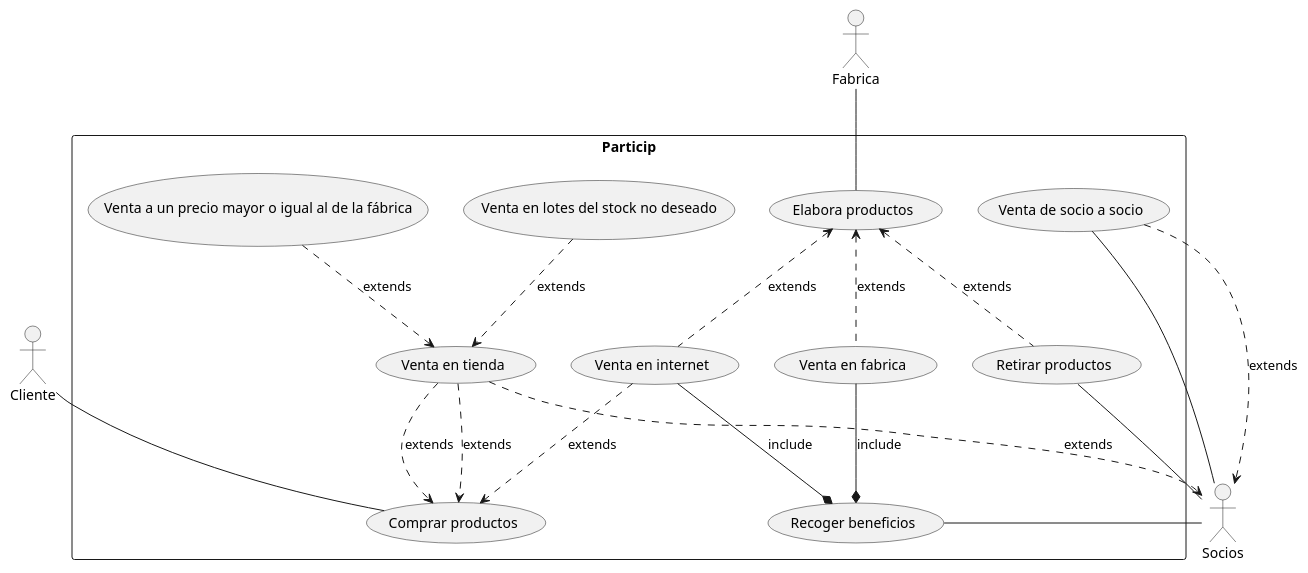
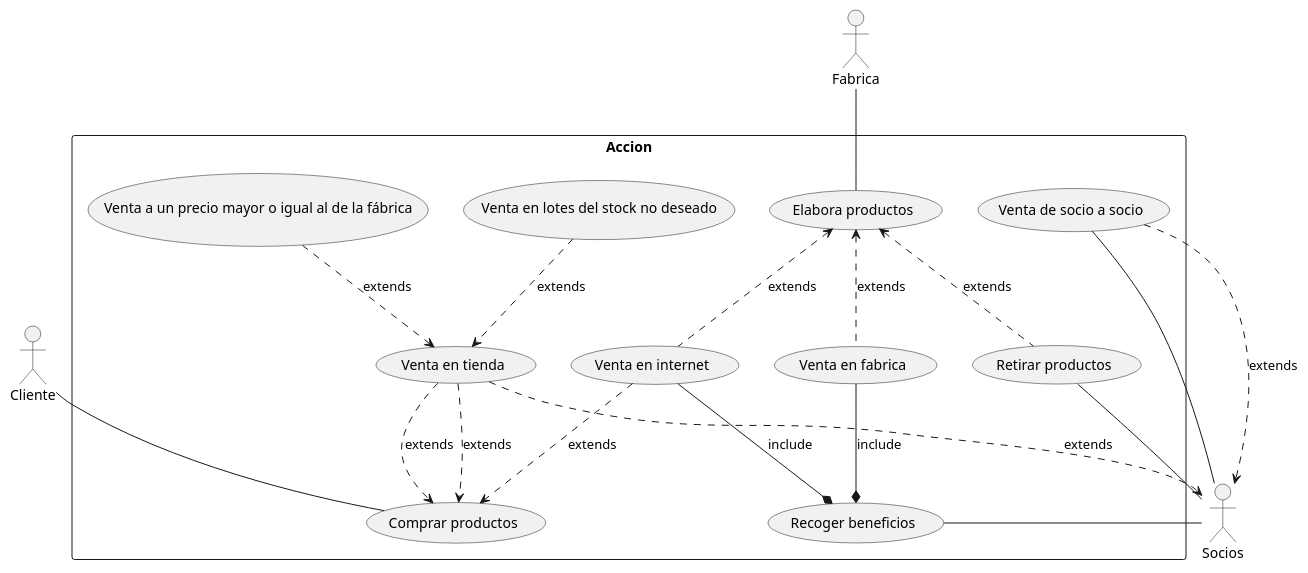
One commit to AlonsoViBa/PUML changed the diagram in Ej01.puml. Above: the diagram before and after it, drawn with PlantUML. The commit also changed 3 other files, not shown here.

```diff
--- a/Ej01.puml
+++ b/Ej01.puml
@@ -1,43 +1,43 @@
 @startuml EJ 1
 skinparam packageStyle rectangle
     actor Socios
     actor Fabrica
     actor Cliente
 
-rectangle Particip{
+rectangle Accion{
 
 (Comprar productos) as (Buy)
 (Venta en fabrica) as (VF)
 (Venta en internet) as (VI)
 (Venta en tienda) as (VT)
 (Venta de socio a socio) as (VSS)
 (Recoger beneficios) as (Ben)
 (Elabora productos) as (Produc)
 (Retirar productos) as (Recoger)
 (Venta a un precio mayor o igual al de la fábrica) as (VentaNormal)
 (Venta en lotes del stock no deseado) as (Lotes)
 
     Fabrica --  Produc
     Produc <.. VI : extends
     Produc <.. VF : extends
 
     Produc <.. Recoger : extends
 
     Recoger -- Socios
 
     VSS ..> Socios : extends
     Socios -- VSS
     VT ..> Socios : extends
 
     VentaNormal ..> VT : extends
     Lotes ..> VT : extends
 
     Cliente -- Buy
     VT ..> Buy: extends
     VT ..> Buy : extends
     VI ..> Buy : extends
     VF --* Ben : include
     VI --* Ben : include
     Ben -- Socios
 }
 @enduml
```
